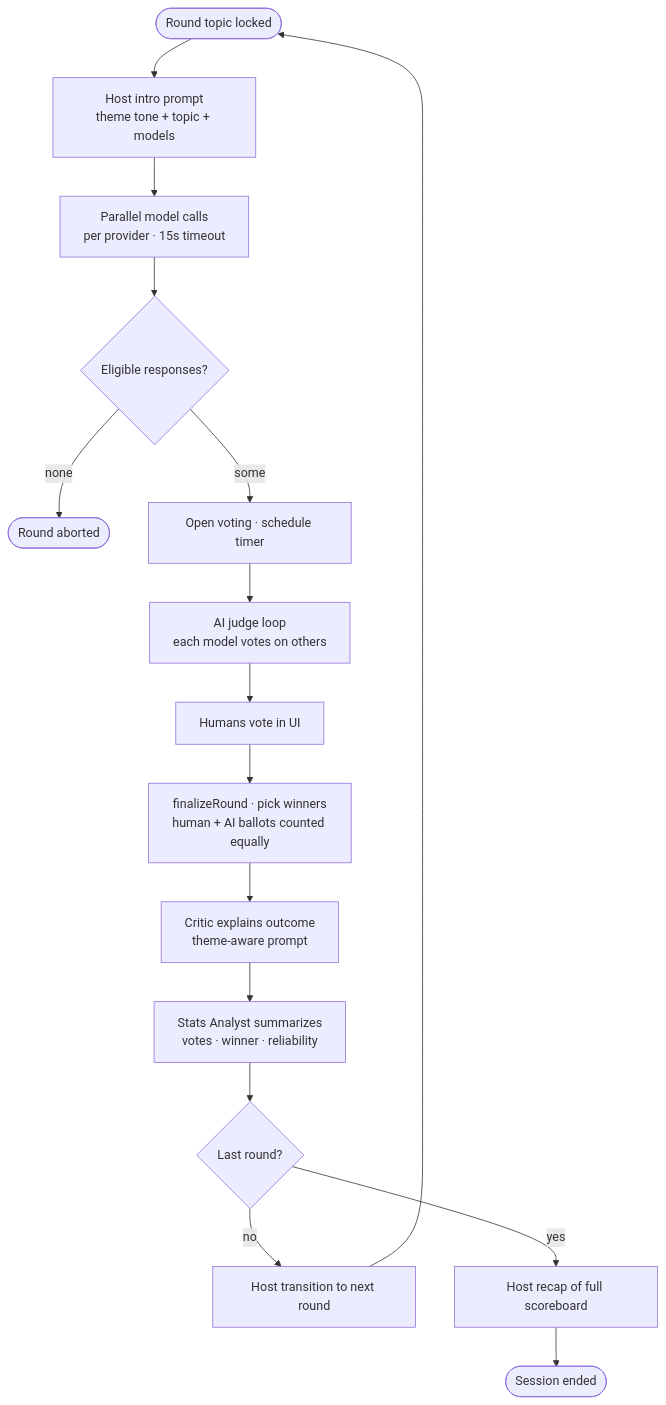
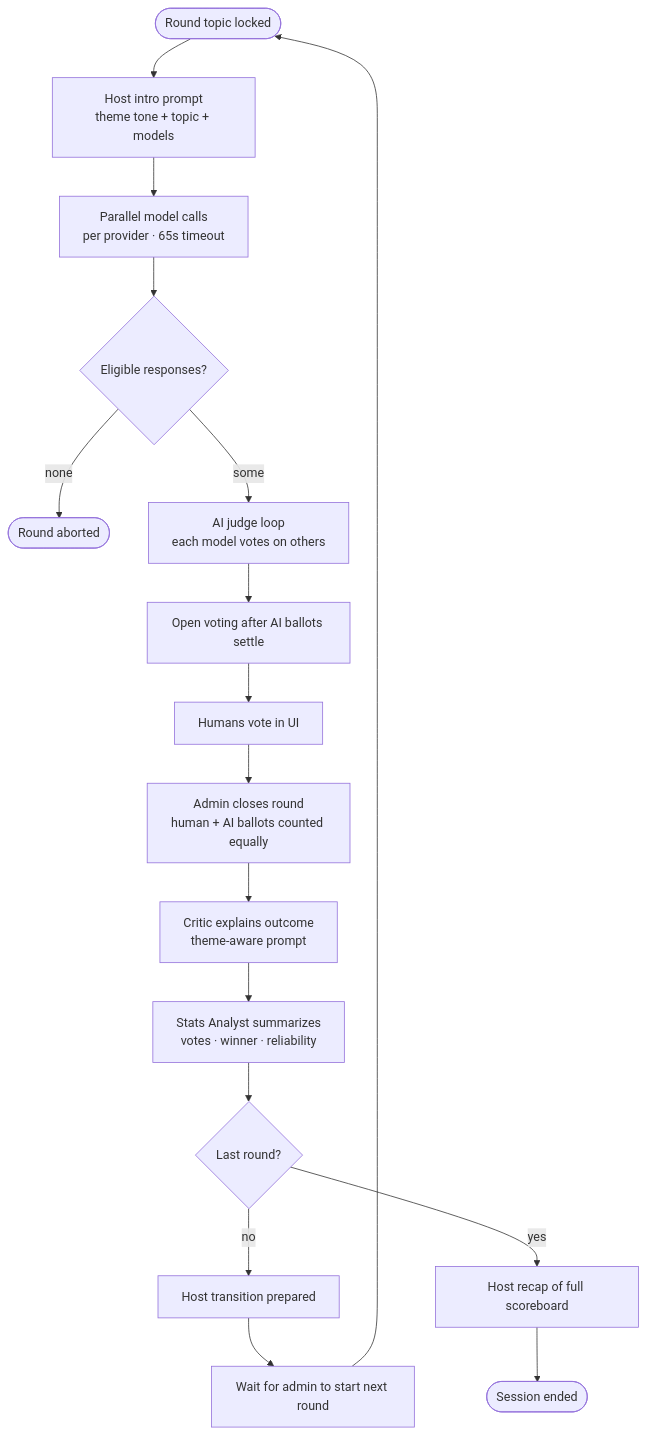
One commit to Radu028/ai-arena changed the sixth of 7 diagrams in docs/ARCHITECTURE.md. Above: the diagram before and after it, drawn with Mermaid. The commit also changed other lines of this file and 45 other files, not shown here.

````diff
--- a/docs/ARCHITECTURE.md
+++ b/docs/ARCHITECTURE.md
@@ -230,18 +230,19 @@
 ```mermaid
 flowchart TD
   Start([Round topic locked]) --> Host[Host intro prompt<br/>theme tone + topic + models]
-  Host --> Models[Parallel model calls<br/>per provider · 15s timeout]
+  Host --> Models[Parallel model calls<br/>per provider · 65s timeout]
   Models --> Judge{Eligible responses?}
   Judge -- none --> Abort([Round aborted])
-  Judge -- some --> OpenVote[Open voting · schedule timer]
-  OpenVote --> AIJudge[AI judge loop<br/>each model votes on others]
-  AIJudge --> Humans[Humans vote in UI]
-  Humans --> Finalize[finalizeRound · pick winners<br/>human + AI ballots counted equally]
+  Judge -- some --> AIJudge[AI judge loop<br/>each model votes on others]
+  AIJudge --> OpenVote[Open voting after AI ballots settle]
+  OpenVote --> Humans[Humans vote in UI]
+  Humans --> Finalize[Admin closes round<br/>human + AI ballots counted equally]
   Finalize --> Critic[Critic explains outcome<br/>theme-aware prompt]
   Critic --> Stats[Stats Analyst summarizes<br/>votes · winner · reliability]
   Stats --> Next{Last round?}
-  Next -- no --> Transition[Host transition to next round]
-  Transition --> Start
+  Next -- no --> Transition[Host transition prepared]
+  Transition --> Wait[Wait for admin to start next round]
+  Wait --> Start
   Next -- yes --> Recap[Host recap of full scoreboard]
   Recap --> End([Session ended])
 ```
````
